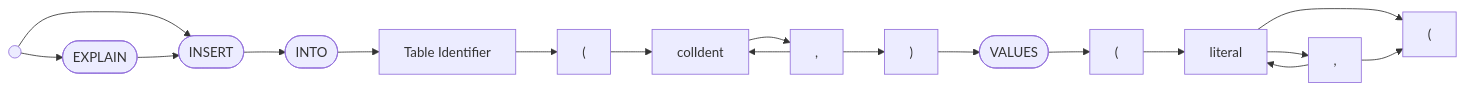
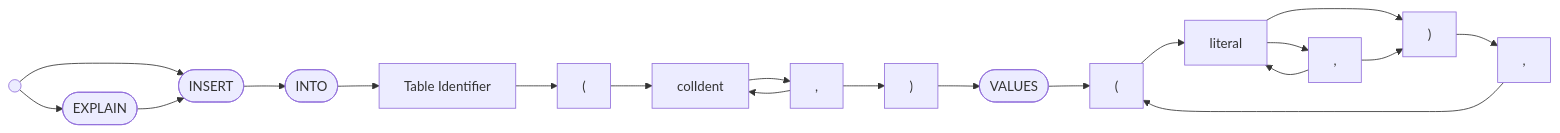
Before and after one commit to chirst/cdb: the third of 4 diagrams in README.md, drawn with Mermaid. The commit also changed 6 other files, not shown here.

````diff
--- a/README.md
+++ b/README.md
@@ -59,34 +59,37 @@
 ```mermaid
 graph LR
 begin(( ))
 explain([EXPLAIN])
 insert([INSERT])
 into([INTO])
 tableIdent["Table Identifier"]
 lparen["("]
 rparen[")"]
 colSep[","]
 values([VALUES])
 lparen2["("]
-rparen2["("]
+rparen2[")"]
 colSep2[","]
 literal["literal"]
+valSep[","]
 
 begin --> explain
 begin --> insert
 explain --> insert
 insert --> into
 into --> tableIdent
 tableIdent --> lparen
 lparen --> colIdent
 colIdent --> colSep
 colSep --> colIdent
 colSep --> rparen
 rparen --> values
 values --> lparen2
 lparen2 --> literal
 literal --> colSep2
 colSep2 --> literal
 literal --> rparen2
 colSep2 --> rparen2
+rparen2 --> valSep
+valSep --> lparen2
 ```
````
